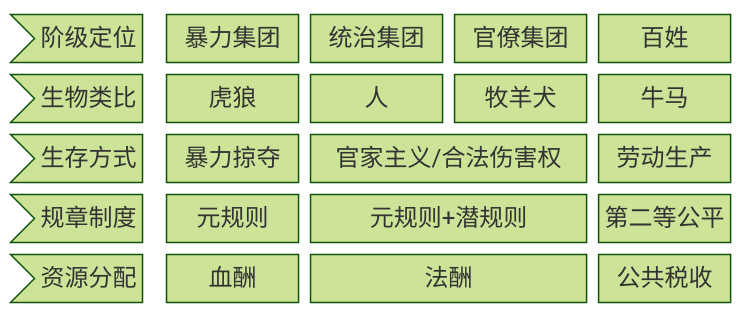
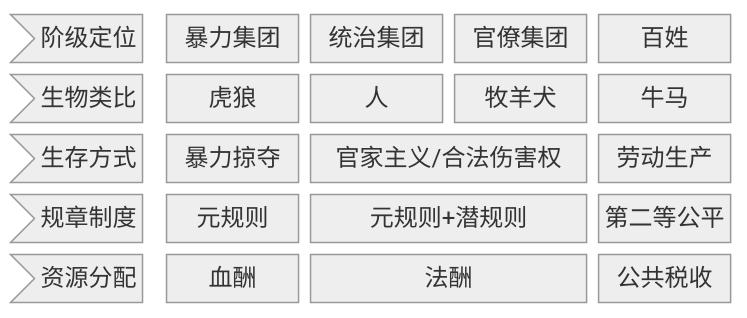
One commit to El25Aleph/_Aleph changed the diagram in docs/card-@血酬定律-潜规则-血酬定律模型.md. Above: the diagram before and after it, drawn with Mermaid. The commit also changed other lines of this file and 13 other files, not shown here.

````diff
--- a/docs/card-@血酬定律-潜规则-血酬定律模型.md
+++ b/docs/card-@血酬定律-潜规则-血酬定律模型.md
@@ -11,16 +11,16 @@
 ```mermaid
-%%{init: {'theme':'forest'}}%%
+%%{init: {'theme':'neutral'}}%%
 block-beta
 
 columns 5
 
 A0>"阶级定位"] 暴力集团 统治集团 官僚集团 百姓
 
 A1>"生物类比"] 虎狼 人 牧羊犬 牛马
 
 A2>"生存方式"] 暴力掠夺 官家主义/合法伤害权:2 劳动生产
 
 A3>"规章制度"] 元规则 元规则+潜规则:2 第二等公平
 
 A4>"资源分配"] 血酬 法酬:2 公共税收
 ```
````
